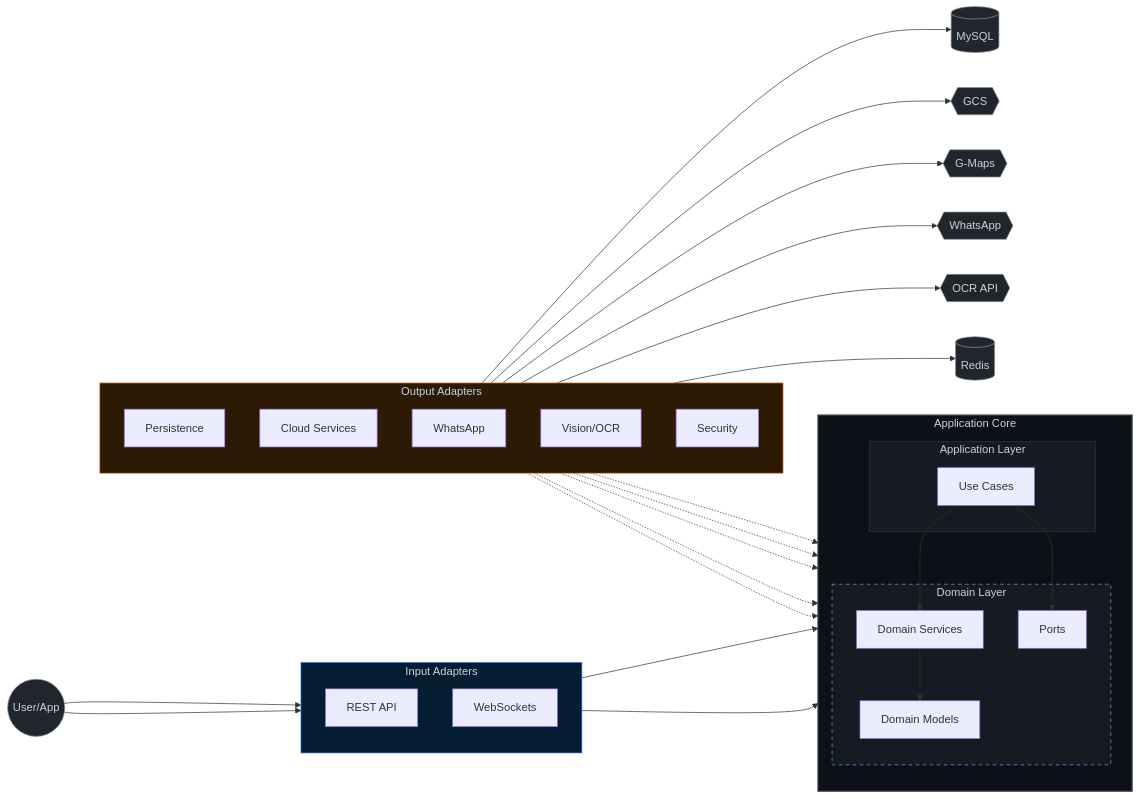
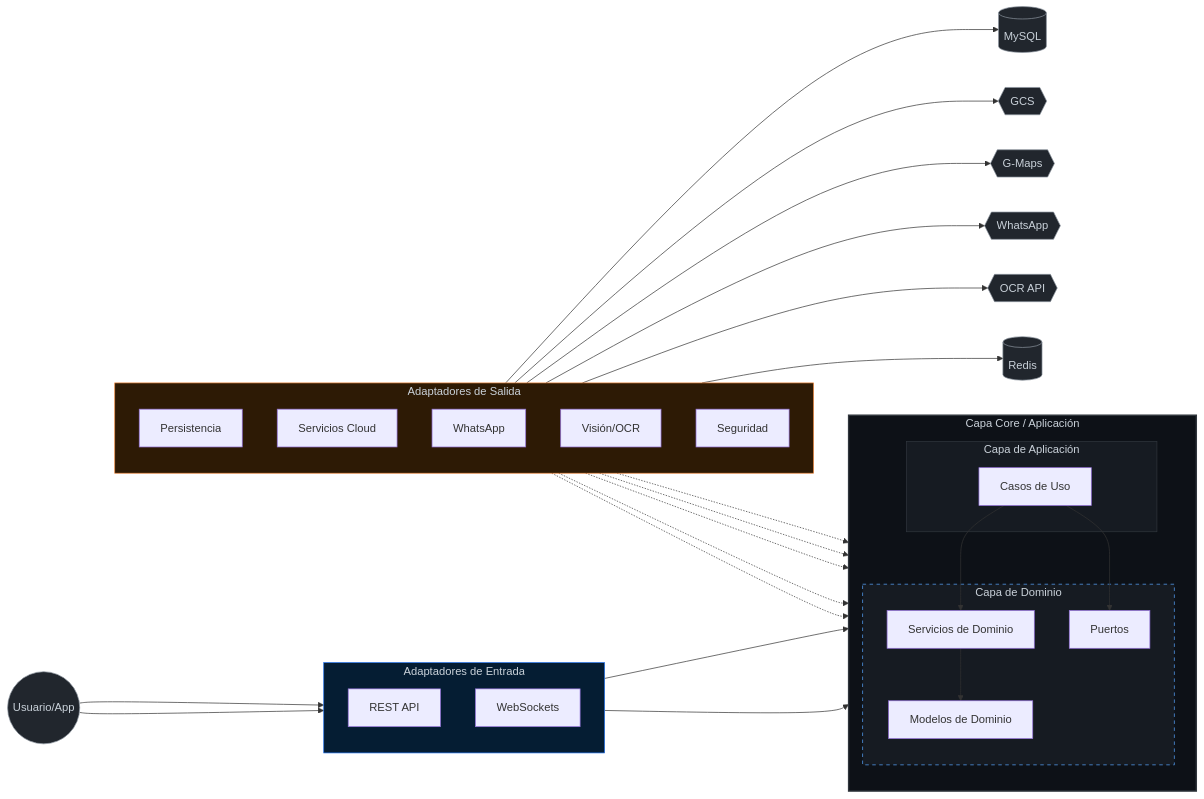
The first of 3 diagrams in README.md (fttmatteo/messenger-backend), drawn with Mermaid before and after one commit. The commit also changed other lines of this file and 2 other files, not shown here.

````diff
--- a/README.md
+++ b/README.md
@@ -47,71 +48,71 @@
 ```mermaid
 graph LR
-    %% External Actors
-    USER((User/App))
+    %% Actores Externos
+    USER((Usuario/App))
     MAPS{{G-Maps}}
     GCS{{GCS}}
     WAPP{{WhatsApp}}
     OCR_EXT{{OCR API}}
     DB[(MySQL)]
     REDIS[(Redis)]
 
-    subgraph IN [Input Adapters]
+    subgraph IN [Adaptadores de Entrada]
         direction TB
         REST[REST API]
         SOC[WebSockets]
     end
 
-    subgraph CORE [Application Core]
+    subgraph CORE [Capa Core / Aplicación]
         direction TB
-        subgraph APP [Application Layer]
-            UC[Use Cases]
+        subgraph APP [Capa de Aplicación]
+            UC[Casos de Uso]
         end
-        subgraph DOMAIN [Domain Layer]
-            SVC[Domain Services]
-            PORTS[Ports]
-            MODEL[Domain Models]
+        subgraph DOMAIN [Capa de Dominio]
+            SVC[Servicios de Dominio]
+            PORTS[Puertos]
+            MODEL[Modelos de Dominio]
         end
     end
 
-    subgraph OUT [Output Adapters]
+    subgraph OUT [Adaptadores de Salida]
         direction TB
-        PERS[Persistence]
-        CLD[Cloud Services]
+        PERS[Persistencia]
+        CLD[Servicios Cloud]
         WABA[WhatsApp]
-        VIS[Vision/OCR]
-        SEC[Security]
+        VIS[Visión/OCR]
+        SEC[Seguridad]
     end
 
-    %% Inbound Flow
+    %% Flujo de Entrada
     USER --> REST & SOC
     REST & SOC --> UC
 
-    %% Application Logic
+    %% Lógica de Aplicación
     UC --> SVC
     UC --> PORTS
     SVC --> MODEL
 
-    %% Outbound Flow (Dependency Inversion)
+    %% Flujo de Salida (Inversión de Dependencia)
     PERS -.-> PORTS
     CLD -.-> PORTS
     WABA -.-> PORTS
     VIS -.-> PORTS
     SEC -.-> PORTS
 
-    %% Infrastructure Connections
+    %% Conexiones de Infraestructura
     PERS --> DB
     CLD --> GCS & MAPS
     WABA --> WAPP
     VIS --> OCR_EXT
     SEC --> REDIS
 
-    %% Styling
+    %% Estilos
     style CORE fill:#0d1117,stroke:#30363d,stroke-width:2px,color:#c9d1d9
     style DOMAIN fill:#161b22,stroke:#58a6ff,stroke-dasharray: 5 5,color:#c9d1d9
     style APP fill:#161b22,stroke:#30363d,color:#c9d1d9
     style IN fill:#051d33,stroke:#1f6feb,color:#c9d1d9
     style OUT fill:#2d1a05,stroke:#f0883e,color:#c9d1d9
-    
+
     classDef actor fill:#21262d,stroke:#8b949e,color:#c9d1d9
     class USER,MAPS,GCS,WAPP,OCR_EXT,DB,REDIS actor
 ```
````
